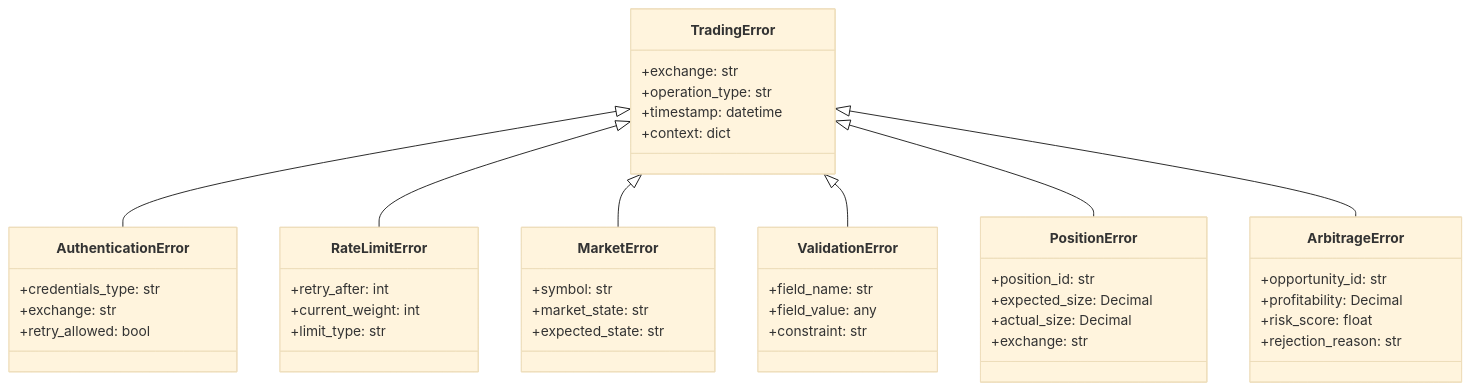
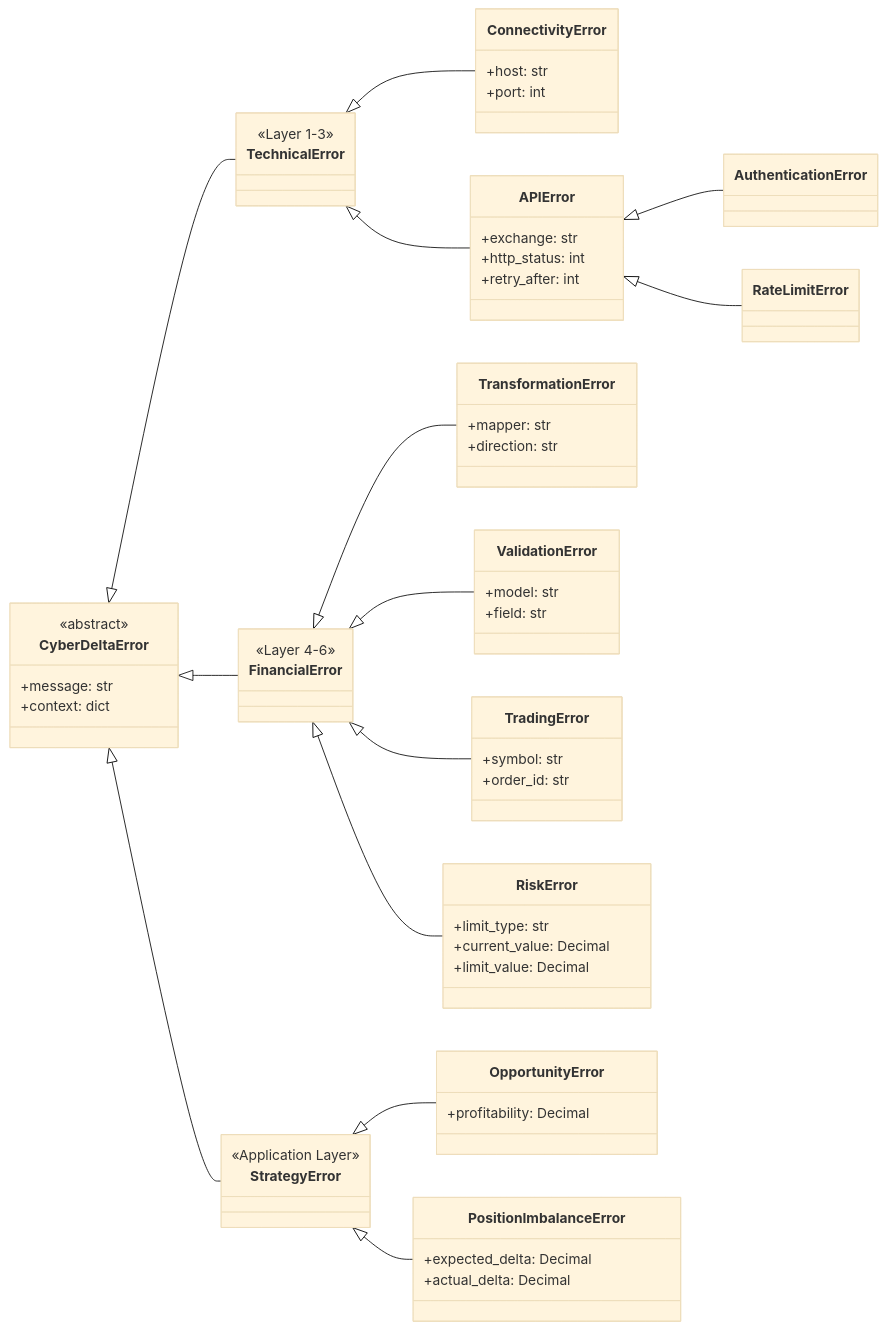
Before and after one commit to plataplomo/hummingbot: the third of 11 diagrams in workflow/exceptions_refactor/ruff_refactor.md, drawn with Mermaid (base theme). The commit also changed other lines of this file, not shown here.

Commit message:
Refactor Ruff Error Resolution Workflow to enhance strategic approach and exception architecture; align with 6-Layer Strategy for improved resilience and observability.

````diff
--- a/workflow/exceptions_refactor/ruff_refactor.md
+++ b/workflow/exceptions_refactor/ruff_refactor.md
@@ -116,54 +122,73 @@
 ```mermaid
 classDiagram
-    class TradingError {
-        +exchange: str
-        +operation_type: str
-        +timestamp: datetime
+    direction LR
+    class CyberDeltaError {
+        <<abstract>>
+        +message: str
         +context: dict
     }
-
-    class AuthenticationError {
-        +credentials_type: str
-        +exchange: str
-        +retry_allowed: bool
+    class TechnicalError {
+        <<Layer 1-3>>
+    }
+    class FinancialError {
+        <<Layer 4-6>>
+    }
+    class StrategyError {
+        <<Application Layer>>
     }
 
-    class RateLimitError {
+    CyberDeltaError <|-- TechnicalError
+    CyberDeltaError <|-- FinancialError
+    CyberDeltaError <|-- StrategyError
+
+    class ConnectivityError {
+        +host: str
+        +port: int
+    }
+    class APIError {
+        +exchange: str
+        +http_status: int
         +retry_after: int
-        +current_weight: int
-        +limit_type: str
+    }
+    class AuthenticationError
+    class RateLimitError
+
+    TechnicalError <|-- ConnectivityError
+    TechnicalError <|-- APIError
+    APIError <|-- AuthenticationError
+    APIError <|-- RateLimitError
+
+    class TransformationError {
+        +mapper: str
+        +direction: str
+    }
+    class ValidationError {
+        +model: str
+        +field: str
+    }
+    class TradingError {
+        +symbol: str
+        +order_id: str
+    }
+    class RiskError {
+         +limit_type: str
+         +current_value: Decimal
+         +limit_value: Decimal
     }
 
-    class MarketError {
-        +symbol: str
-        +market_state: str
-        +expected_state: str
+    FinancialError <|-- TransformationError
+    FinancialError <|-- ValidationError
+    FinancialError <|-- TradingError
+    FinancialError <|-- RiskError
+
+    class OpportunityError {
+        +profitability: Decimal
+    }
+    class PositionImbalanceError {
+        +expected_delta: Decimal
+        +actual_delta: Decimal
     }
 
-    class ValidationError {
-        +field_name: str
-        +field_value: any
-        +constraint: str
-    }
-
-    class PositionError {
-        +position_id: str
-        +expected_size: Decimal
-        +actual_size: Decimal
-        +exchange: str
-    }
-
-    class ArbitrageError {
-        +opportunity_id: str
-        +profitability: Decimal
-        +risk_score: float
-        +rejection_reason: str
-    }
-
-    TradingError <|-- AuthenticationError
-    TradingError <|-- RateLimitError
-    TradingError <|-- MarketError
-    TradingError <|-- ValidationError
-    TradingError <|-- PositionError
-    TradingError <|-- ArbitrageError
+    StrategyError <|-- OpportunityError
+    StrategyError <|-- PositionImbalanceError
 ```
````
